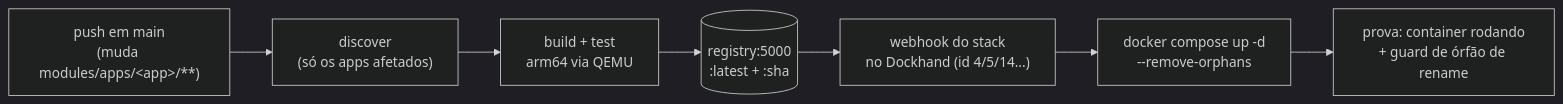
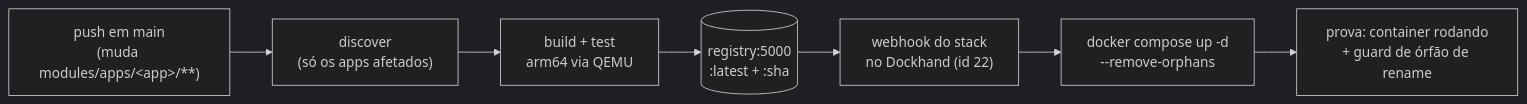
One commit to giomartinsdev/gio-random-projects changed the fifth of 5 diagrams in docs/architecture.md. Above: the diagram before and after it, drawn with Mermaid (dark theme). The commit also changed other lines of this file and 6 other files, not shown here.

````diff
--- a/docs/architecture.md
+++ b/docs/architecture.md
@@ -204,10 +199,10 @@
 ```mermaid
 flowchart LR
   push["push em main<br/>(muda modules/apps/&lt;app&gt;/**)"]
   push --> discover["discover<br/>(só os apps afetados)"]
   discover --> build["build + test<br/>arm64 via QEMU"]
   build --> reg[("registry:5000<br/>:latest + :sha")]
-  reg --> webhook["webhook do stack<br/>no Dockhand (id 4/5/14...)"]
+  reg --> webhook["webhook do stack<br/>no Dockhand (id 22)"]
   webhook --> up["docker compose up -d<br/>--remove-orphans"]
   up --> verify["prova: container rodando<br/>+ guard de órfão de rename"]
 ```
````
